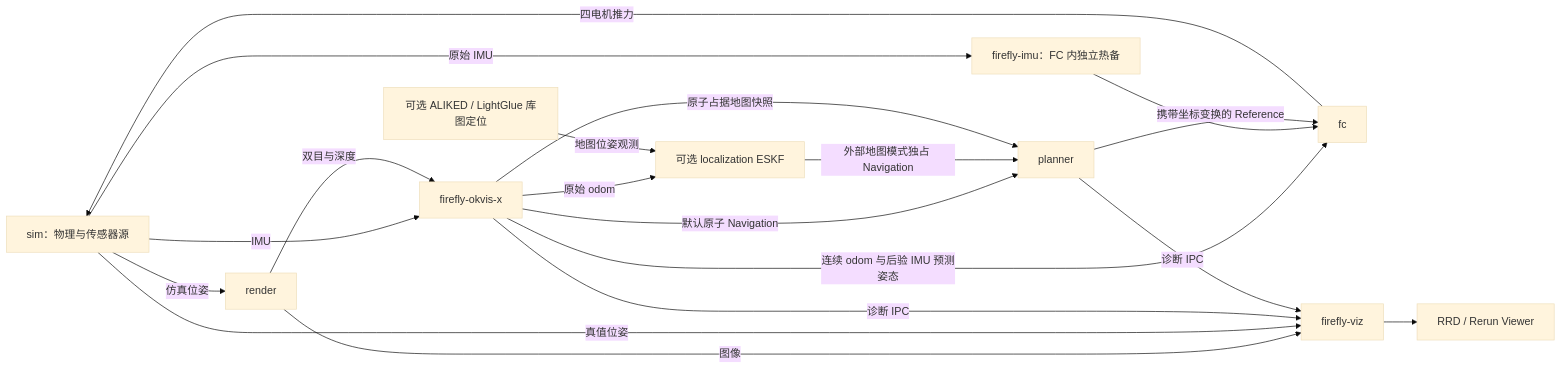
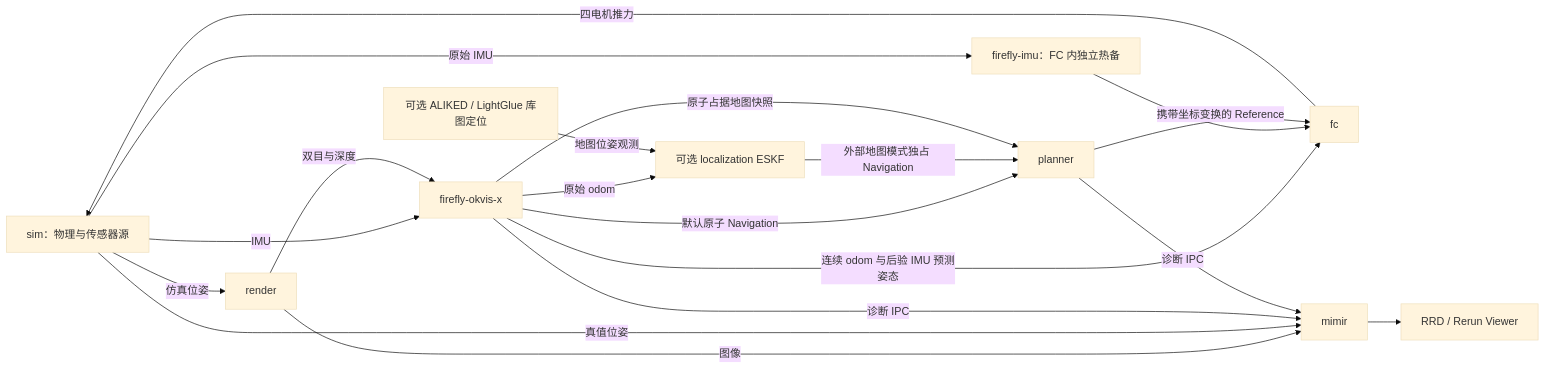
One commit to 3SE-Competitive-Robotics-Team/firefly changed the first of 4 diagrams in docs/architecture.md. Above: the diagram before and after it, drawn with Mermaid (base theme). The commit also changed other lines of this file and 69 other files, not shown here.

````diff
--- a/docs/architecture.md
+++ b/docs/architecture.md
@@ -11,21 +11,21 @@
 ```mermaid
 flowchart LR
     SIM[sim：物理与传感器源] -->|IMU| V[firefly-okvis-x]
     SIM -->|仿真位姿| R[render]
     R -->|双目与深度| V
     V -->|连续 odom 与后验 IMU 预测姿态| F[fc]
     SIM -->|原始 IMU| I[firefly-imu：FC 内独立热备]
     I --> F
     F -->|四电机推力| SIM
     V -->|默认原子 Navigation| P[planner]
     V -->|原始 odom| L[可选 localization ESKF]
     A[可选 ALIKED / LightGlue 库图定位] -->|地图位姿观测| L
     L -->|外部地图模式独占 Navigation| P
     V -->|原子占据地图快照| P
     P -->|携带坐标变换的 Reference| F
-    R -->|图像| D[firefly-viz]
+    R -->|图像| D[mimir]
     SIM -->|真值位姿| D
     V -->|诊断 IPC| D
     P -->|诊断 IPC| D
     D --> RRD[RRD / Rerun Viewer]
 ```
````
